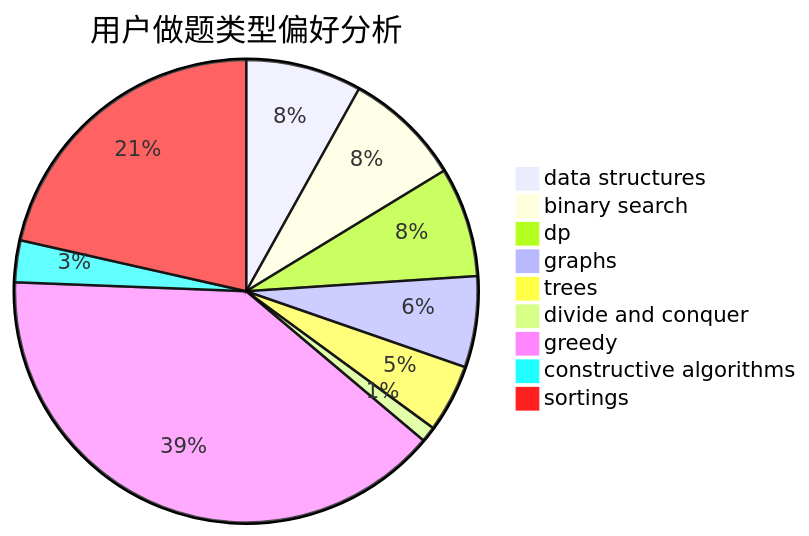
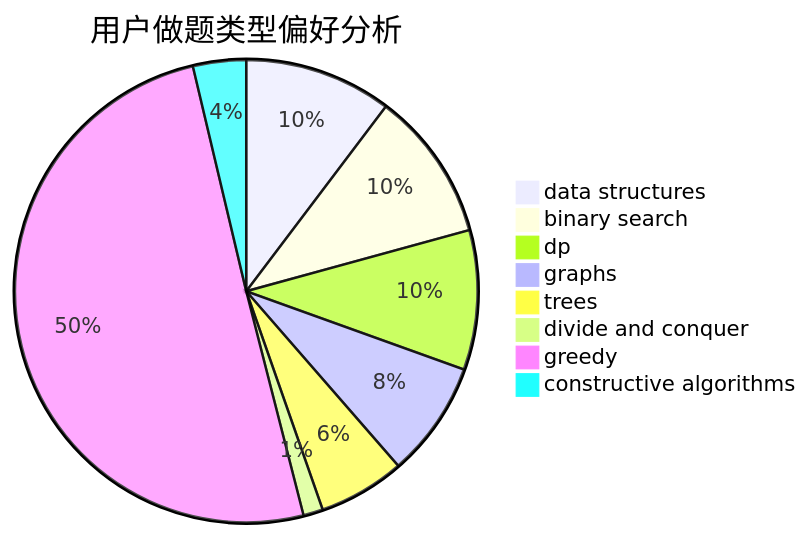
Before and after one commit to sherpahu/cfrs.github.io: the second of 3 diagrams in docs/user/u1048.md, drawn with Mermaid. The commit also changed other lines of this file and 2769 other files, not shown here.

````diff
--- a/docs/user/u1048.md
+++ b/docs/user/u1048.md
@@ -18,12 +18,11 @@
 ```mermaid
 pie title 用户做题类型偏好分析
     "data structures" :  75
     "binary search" :  76
     "dp" :  71
     "graphs" :  59
     "trees" :  44
     "divide and conquer" :  10
     "greedy" :  366
     "constructive algorithms" :  27
-    "sortings" :  199
 ```
````
